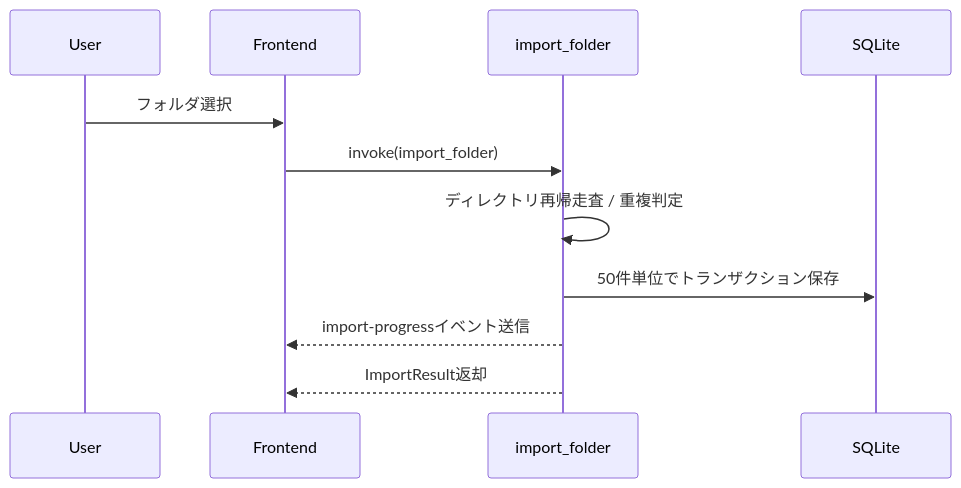
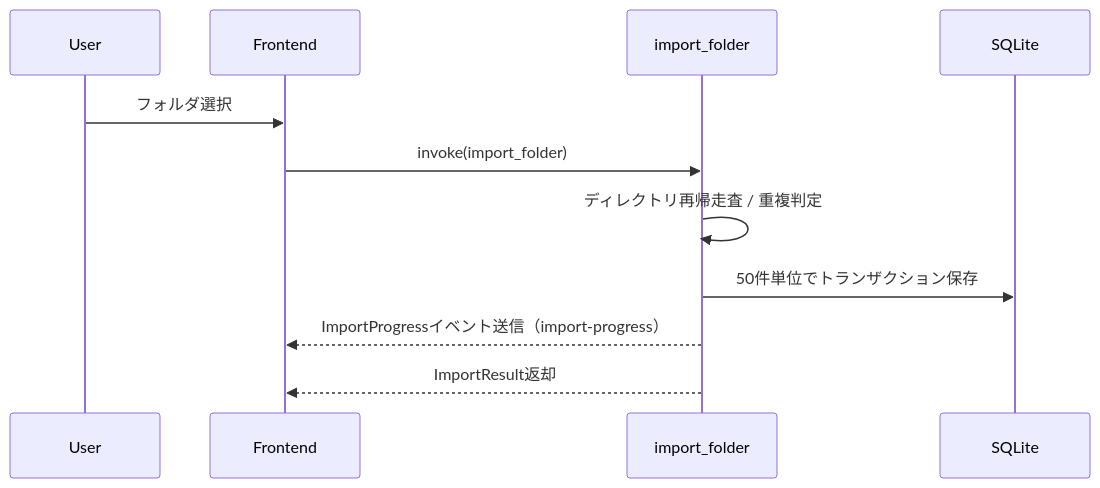
One commit to ban367/muspice changed the second of 2 diagrams in docs/design/architecture.md. Above: the diagram before and after it, drawn with Mermaid. The commit also changed other lines of this file and 15 other files, not shown here.

````diff
--- a/docs/design/architecture.md
+++ b/docs/design/architecture.md
@@ -49,14 +51,14 @@
 ```mermaid
 sequenceDiagram
     participant User
     participant Frontend
     participant TauriCmd as import_folder
     participant DB as SQLite
 
     User->>Frontend: フォルダ選択
     Frontend->>TauriCmd: invoke(import_folder)
     TauriCmd->>TauriCmd: ディレクトリ再帰走査 / 重複判定
     TauriCmd->>DB: 50件単位でトランザクション保存
-    TauriCmd-->>Frontend: import-progressイベント送信
+    TauriCmd-->>Frontend: ImportProgressイベント送信（import-progress）
     TauriCmd-->>Frontend: ImportResult返却
 ```
````
